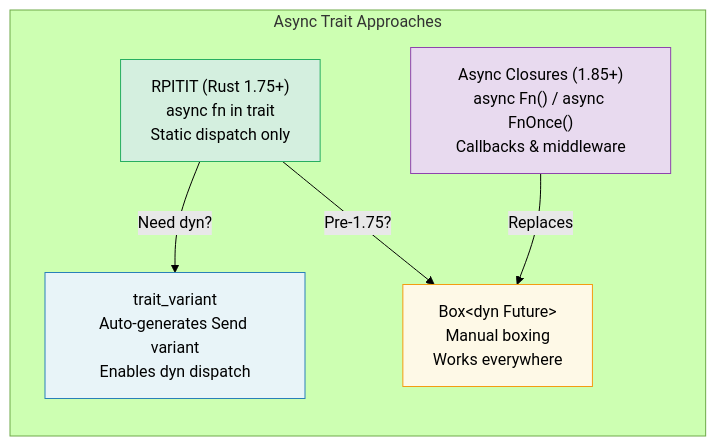
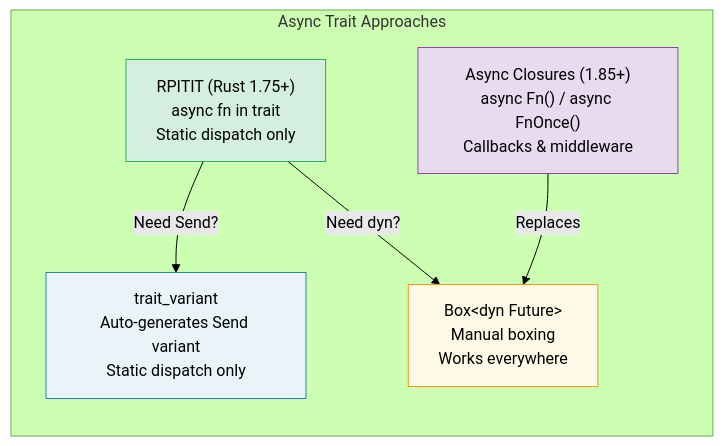
Before and after one commit to ruhankhandakar/rust-learning-microsoft: the diagram in content/async-book/ch10-async-traits.md, drawn with Mermaid (forest theme). The commit also changed other lines of this file and 5 other files, not shown here.

````diff
--- a/content/async-book/ch10-async-traits.md
+++ b/content/async-book/ch10-async-traits.md
@@ -9,19 +9,19 @@
 ```mermaid
 graph TD
     subgraph "Async Trait Approaches"
         direction TB
         RPITIT["RPITIT (Rust 1.75+)<br/>async fn in trait<br/>Static dispatch only"]
-        VARIANT["trait_variant<br/>Auto-generates Send variant<br/>Enables dyn dispatch"]
+        VARIANT["trait_variant<br/>Auto-generates Send variant<br/>Static dispatch only"]
         BOXED["Box&lt;dyn Future&gt;<br/>Manual boxing<br/>Works everywhere"]
         CLOSURE["Async Closures (1.85+)<br/>async Fn() / async FnOnce()<br/>Callbacks & middleware"]
     end
 
-    RPITIT -->|"Need dyn?"| VARIANT
-    RPITIT -->|"Pre-1.75?"| BOXED
+    RPITIT -->|"Need Send?"| VARIANT
+    RPITIT -->|"Need dyn?"| BOXED
     CLOSURE -->|"Replaces"| BOXED
 
     style RPITIT fill:#d4efdf,stroke:#27ae60,color:#000
     style VARIANT fill:#e8f4f8,stroke:#2980b9,color:#000
     style BOXED fill:#fef9e7,stroke:#f39c12,color:#000
     style CLOSURE fill:#e8daef,stroke:#8e44ad,color:#000
 ```
````
